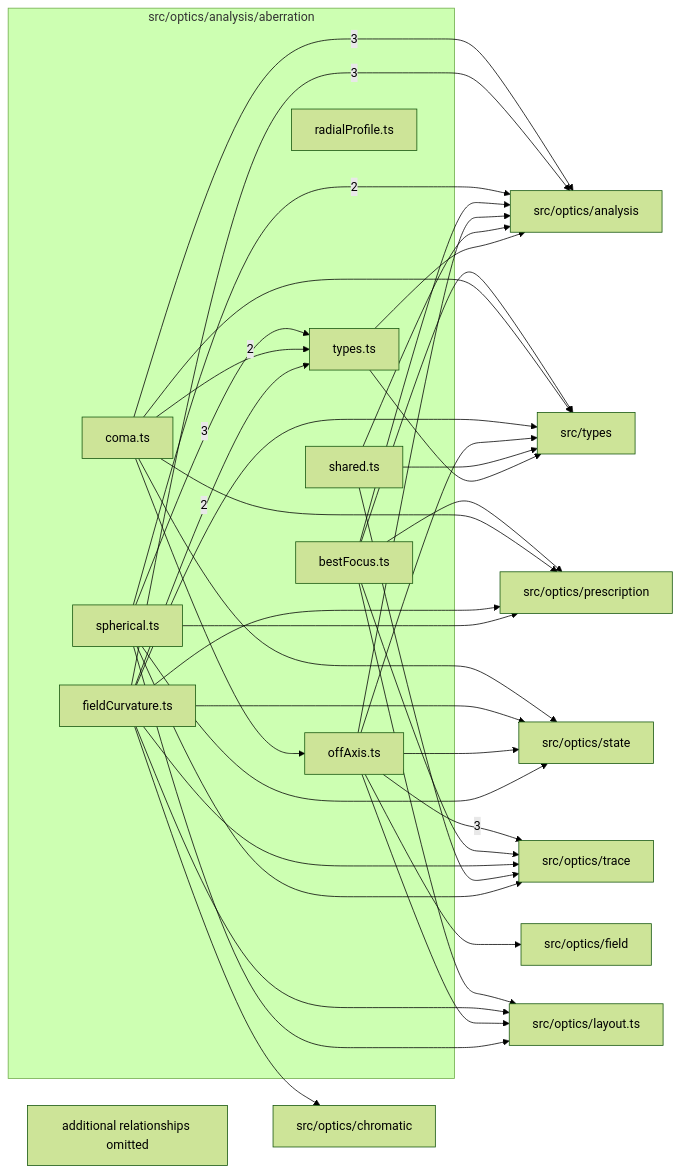
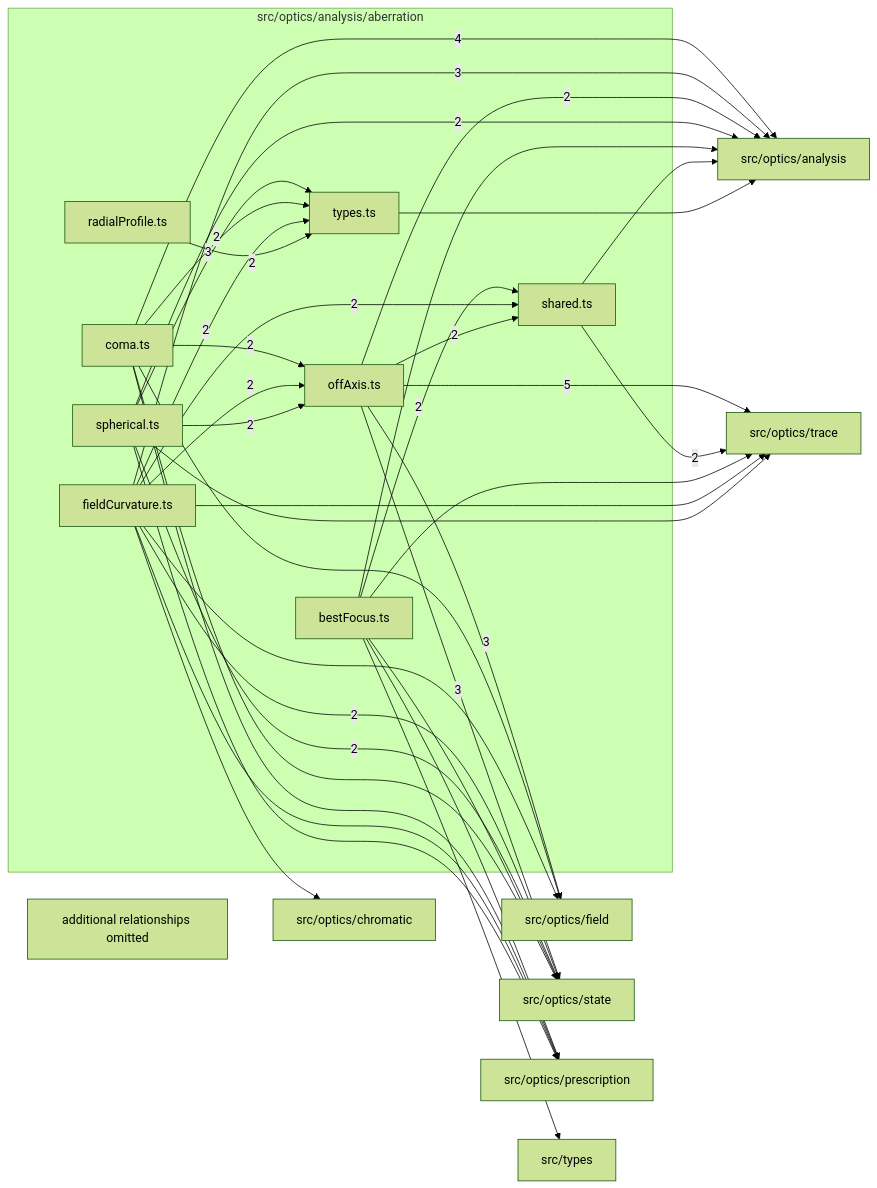
Before and after one commit to ronbuening/LensVisualizer: the diagram in src/optics/analysis/aberration/readme.md, drawn with Mermaid (forest theme). The commit also changed other lines of this file and 439 other files, not shown here.

````diff
--- a/src/optics/analysis/aberration/readme.md
+++ b/src/optics/analysis/aberration/readme.md
@@ -9,58 +9,57 @@
 ```mermaid
 flowchart LR
   subgraph n_src_optics_analysis_aberration["src/optics/analysis/aberration"]
     n_src_optics_analysis_aberration_src_optics_analysis_aberration_bestFocus_ts["bestFocus.ts"]
     n_src_optics_analysis_aberration_src_optics_analysis_aberration_coma_ts["coma.ts"]
     n_src_optics_analysis_aberration_src_optics_analysis_aberration_fieldCurvature_ts["fieldCurvature.ts"]
     n_src_optics_analysis_aberration_src_optics_analysis_aberration_offAxis_ts["offAxis.ts"]
     n_src_optics_analysis_aberration_src_optics_analysis_aberration_radialProfile_ts["radialProfile.ts"]
     n_src_optics_analysis_aberration_src_optics_analysis_aberration_shared_ts["shared.ts"]
     n_src_optics_analysis_aberration_src_optics_analysis_aberration_spherical_ts["spherical.ts"]
     n_src_optics_analysis_aberration_src_optics_analysis_aberration_types_ts["types.ts"]
   end
+  n_external_src_optics_trace["src/optics/trace"]
   n_external_src_optics_analysis["src/optics/analysis"]
-  n_external_src_optics_trace["src/optics/trace"]
+  n_external_src_optics_field["src/optics/field"]
+  n_external_src_optics_state["src/optics/state"]
   n_external_src_optics_chromatic["src/optics/chromatic"]
-  n_external_src_optics_field["src/optics/field"]
-  n_external_src_optics_layout_ts["src/optics/layout.ts"]
   n_external_src_optics_prescription["src/optics/prescription"]
-  n_external_src_optics_state["src/optics/state"]
   n_external_src_types["src/types"]
-  n_src_optics_analysis_aberration_src_optics_analysis_aberration_coma_ts --> |3| n_external_src_optics_analysis
+  n_src_optics_analysis_aberration_src_optics_analysis_aberration_offAxis_ts --> |5| n_external_src_optics_trace
+  n_src_optics_analysis_aberration_src_optics_analysis_aberration_coma_ts --> |4| n_external_src_optics_analysis
   n_src_optics_analysis_aberration_src_optics_analysis_aberration_fieldCurvature_ts --> |3| n_external_src_optics_analysis
-  n_src_optics_analysis_aberration_src_optics_analysis_aberration_offAxis_ts --> |3| n_external_src_optics_trace
+  n_src_optics_analysis_aberration_src_optics_analysis_aberration_offAxis_ts --> |3| n_external_src_optics_field
+  n_src_optics_analysis_aberration_src_optics_analysis_aberration_offAxis_ts --> |3| n_external_src_optics_state
   n_src_optics_analysis_aberration_src_optics_analysis_aberration_spherical_ts --> |3| n_src_optics_analysis_aberration_src_optics_analysis_aberration_types_ts
+  n_src_optics_analysis_aberration_src_optics_analysis_aberration_offAxis_ts --> |2| n_external_src_optics_analysis
   n_src_optics_analysis_aberration_src_optics_analysis_aberration_spherical_ts --> |2| n_external_src_optics_analysis
+  n_src_optics_analysis_aberration_src_optics_analysis_aberration_fieldCurvature_ts --> |2| n_external_src_optics_state
+  n_src_optics_analysis_aberration_src_optics_analysis_aberration_spherical_ts --> |2| n_external_src_optics_state
+  n_src_optics_analysis_aberration_src_optics_analysis_aberration_shared_ts --> |2| n_external_src_optics_trace
+  n_src_optics_analysis_aberration_src_optics_analysis_aberration_coma_ts --> |2| n_src_optics_analysis_aberration_src_optics_analysis_aberration_offAxis_ts
+  n_src_optics_analysis_aberration_src_optics_analysis_aberration_fieldCurvature_ts --> |2| n_src_optics_analysis_aberration_src_optics_analysis_aberration_offAxis_ts
+  n_src_optics_analysis_aberration_src_optics_analysis_aberration_spherical_ts --> |2| n_src_optics_analysis_aberration_src_optics_analysis_aberration_offAxis_ts
+  n_src_optics_analysis_aberration_src_optics_analysis_aberration_bestFocus_ts --> |2| n_src_optics_analysis_aberration_src_optics_analysis_aberration_shared_ts
+  n_src_optics_analysis_aberration_src_optics_analysis_aberration_fieldCurvature_ts --> |2| n_src_optics_analysis_aberration_src_optics_analysis_aberration_shared_ts
+  n_src_optics_analysis_aberration_src_optics_analysis_aberration_offAxis_ts --> |2| n_src_optics_analysis_aberration_src_optics_analysis_aberration_shared_ts
   n_src_optics_analysis_aberration_src_optics_analysis_aberration_coma_ts --> |2| n_src_optics_analysis_aberration_src_optics_analysis_aberration_types_ts
   n_src_optics_analysis_aberration_src_optics_analysis_aberration_fieldCurvature_ts --> |2| n_src_optics_analysis_aberration_src_optics_analysis_aberration_types_ts
+  n_src_optics_analysis_aberration_src_optics_analysis_aberration_radialProfile_ts --> |2| n_src_optics_analysis_aberration_src_optics_analysis_aberration_types_ts
   n_src_optics_analysis_aberration_src_optics_analysis_aberration_bestFocus_ts --> n_external_src_optics_analysis
-  n_src_optics_analysis_aberration_src_optics_analysis_aberration_offAxis_ts --> n_external_src_optics_analysis
   n_src_optics_analysis_aberration_src_optics_analysis_aberration_shared_ts --> n_external_src_optics_analysis
   n_src_optics_analysis_aberration_src_optics_analysis_aberration_types_ts --> n_external_src_optics_analysis
   n_src_optics_analysis_aberration_src_optics_analysis_aberration_fieldCurvature_ts --> n_external_src_optics_chromatic
-  n_src_optics_analysis_aberration_src_optics_analysis_aberration_offAxis_ts --> n_external_src_optics_field
-  n_src_optics_analysis_aberration_src_optics_analysis_aberration_bestFocus_ts --> n_external_src_optics_layout_ts
-  n_src_optics_analysis_aberration_src_optics_analysis_aberration_fieldCurvature_ts --> n_external_src_optics_layout_ts
-  n_src_optics_analysis_aberration_src_optics_analysis_aberration_offAxis_ts --> n_external_src_optics_layout_ts
-  n_src_optics_analysis_aberration_src_optics_analysis_aberration_spherical_ts --> n_external_src_optics_layout_ts
+  n_src_optics_analysis_aberration_src_optics_analysis_aberration_coma_ts --> n_external_src_optics_field
+  n_src_optics_analysis_aberration_src_optics_analysis_aberration_fieldCurvature_ts --> n_external_src_optics_field
   n_src_optics_analysis_aberration_src_optics_analysis_aberration_bestFocus_ts --> n_external_src_optics_prescription
   n_src_optics_analysis_aberration_src_optics_analysis_aberration_coma_ts --> n_external_src_optics_prescription
   n_src_optics_analysis_aberration_src_optics_analysis_aberration_fieldCurvature_ts --> n_external_src_optics_prescription
   n_src_optics_analysis_aberration_src_optics_analysis_aberration_spherical_ts --> n_external_src_optics_prescription
+  n_src_optics_analysis_aberration_src_optics_analysis_aberration_bestFocus_ts --> n_external_src_optics_state
   n_src_optics_analysis_aberration_src_optics_analysis_aberration_coma_ts --> n_external_src_optics_state
-  n_src_optics_analysis_aberration_src_optics_analysis_aberration_fieldCurvature_ts --> n_external_src_optics_state
-  n_src_optics_analysis_aberration_src_optics_analysis_aberration_offAxis_ts --> n_external_src_optics_state
-  n_src_optics_analysis_aberration_src_optics_analysis_aberration_spherical_ts --> n_external_src_optics_state
   n_src_optics_analysis_aberration_src_optics_analysis_aberration_bestFocus_ts --> n_external_src_optics_trace
   n_src_optics_analysis_aberration_src_optics_analysis_aberration_fieldCurvature_ts --> n_external_src_optics_trace
-  n_src_optics_analysis_aberration_src_optics_analysis_aberration_shared_ts --> n_external_src_optics_trace
   n_src_optics_analysis_aberration_src_optics_analysis_aberration_spherical_ts --> n_external_src_optics_trace
   n_src_optics_analysis_aberration_src_optics_analysis_aberration_bestFocus_ts --> n_external_src_types
-  n_src_optics_analysis_aberration_src_optics_analysis_aberration_coma_ts --> n_external_src_types
-  n_src_optics_analysis_aberration_src_optics_analysis_aberration_fieldCurvature_ts --> n_external_src_types
-  n_src_optics_analysis_aberration_src_optics_analysis_aberration_offAxis_ts --> n_external_src_types
-  n_src_optics_analysis_aberration_src_optics_analysis_aberration_shared_ts --> n_external_src_types
-  n_src_optics_analysis_aberration_src_optics_analysis_aberration_types_ts --> n_external_src_types
-  n_src_optics_analysis_aberration_src_optics_analysis_aberration_coma_ts --> n_src_optics_analysis_aberration_src_optics_analysis_aberration_offAxis_ts
   n_src_optics_analysis_aberration_truncated["additional relationships omitted"]
 ```
````
